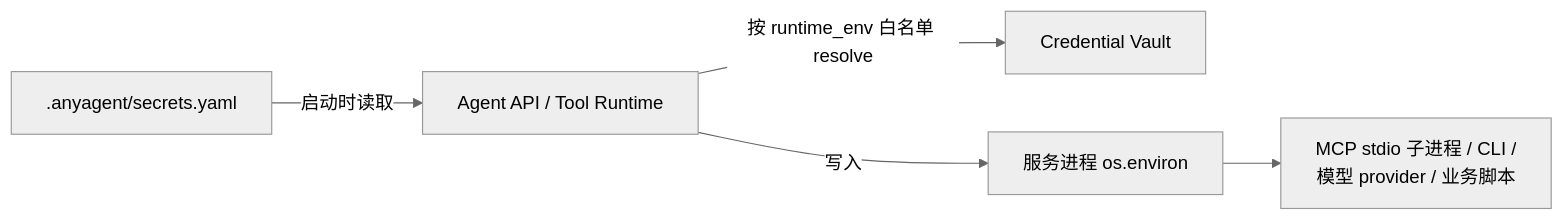
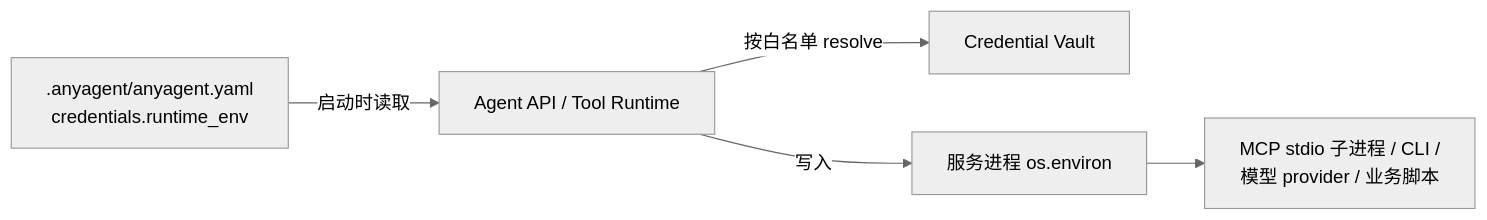
Before and after one commit to komiyoo/anyagent: the second of 3 diagrams in docs/security/credential-vault.md, drawn with Mermaid (neutral theme). The commit also changed other lines of this file and 28 other files, not shown here.

````diff
--- a/docs/security/credential-vault.md
+++ b/docs/security/credential-vault.md
@@ -100,7 +100,7 @@
 ```mermaid
 flowchart LR
-  secrets[".anyagent/secrets.yaml"] -- "启动时读取" --> svc["Agent API / Tool Runtime"]
-  svc -- "按 runtime_env 白名单 resolve" --> vault["Credential Vault"]
+  cfg[".anyagent/anyagent.yaml<br/>credentials.runtime_env"] -- "启动时读取" --> svc["Agent API / Tool Runtime"]
+  svc -- "按白名单 resolve" --> vault["Credential Vault"]
   svc -- "写入" --> env["服务进程 os.environ"]
   env --> consumers["MCP stdio 子进程 / CLI /<br/>模型 provider / 业务脚本"]
 ```
````
